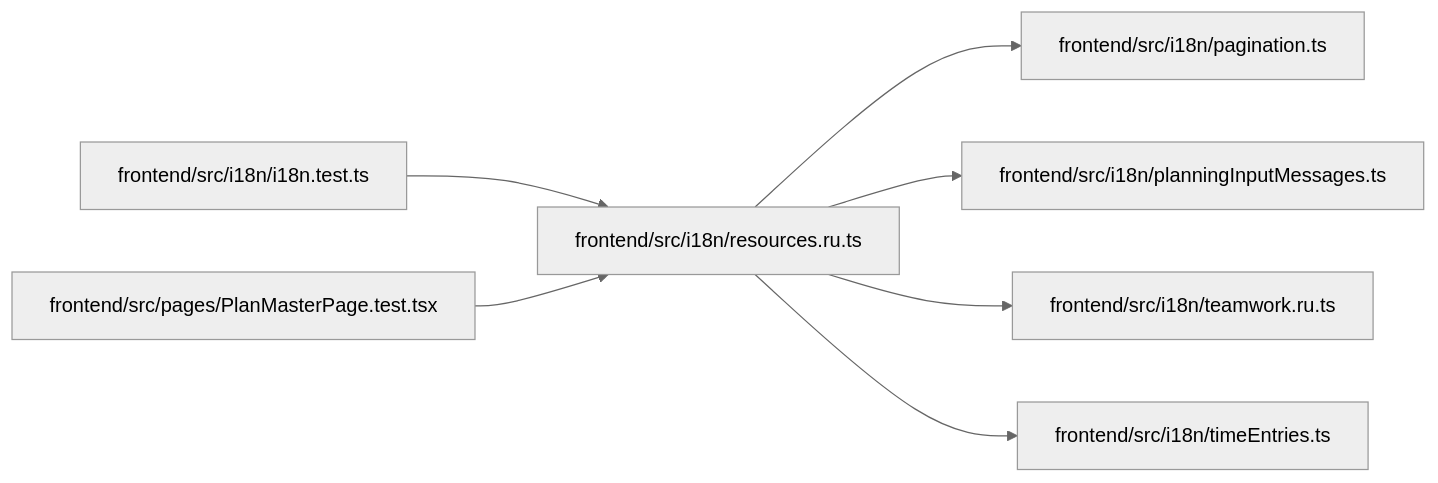
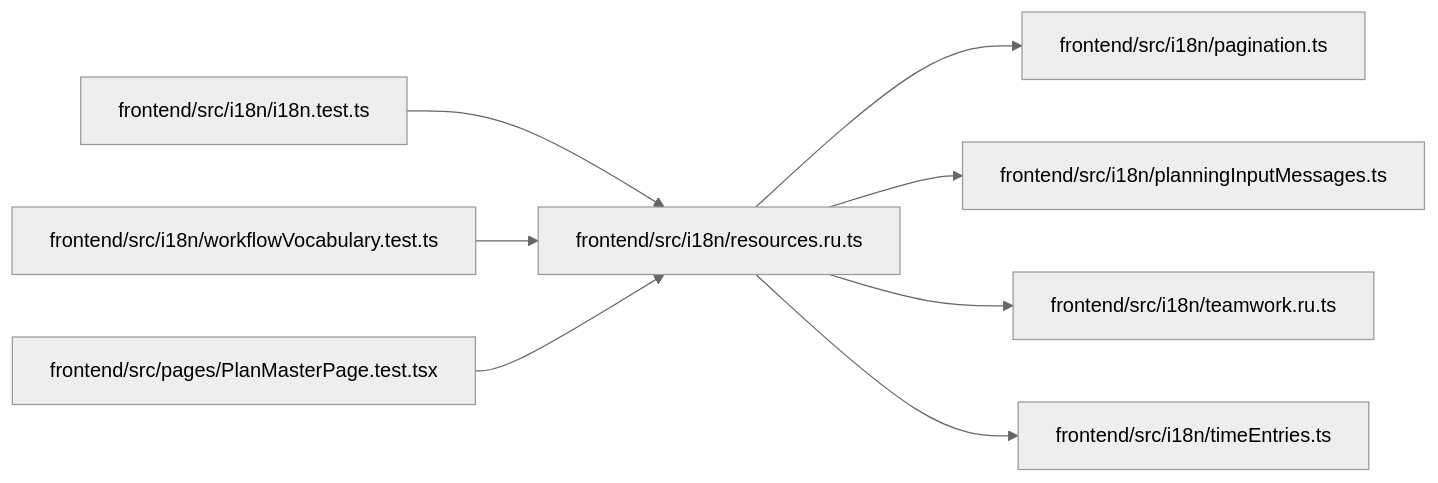
Before and after one commit to Denissvgn/WorkChord: the diagram in docs/llm_wiki/modules/resources.ru.md, drawn with Mermaid (neutral theme). The commit also changed other lines of this file and 469 other files, not shown here.

````diff
--- a/docs/llm_wiki/modules/resources.ru.md
+++ b/docs/llm_wiki/modules/resources.ru.md
@@ -28,23 +28,26 @@
 ```mermaid
 flowchart LR
     n0["frontend/src/i18n/i18n.test.ts"]
     n1["frontend/src/i18n/pagination.ts"]
     n2["frontend/src/i18n/planningInputMessages.ts"]
     n3["frontend/src/i18n/resources.ru.ts"]
     n4["frontend/src/i18n/teamwork.ru.ts"]
     n5["frontend/src/i18n/timeEntries.ts"]
-    n6["frontend/src/pages/PlanMasterPage.test.tsx"]
+    n6["frontend/src/i18n/workflowVocabulary.test.ts"]
+    n7["frontend/src/pages/PlanMasterPage.test.tsx"]
     n0 --> n3
     n3 --> n1
     n3 --> n2
     n3 --> n4
     n3 --> n5
     n6 --> n3
+    n7 --> n3
     click n0 "../modules/i18n.test.md"
     click n1 "../modules/pagination.md"
     click n2 "../modules/planningInputMessages.md"
     click n3 "../modules/resources.ru.md"
     click n4 "../modules/teamwork.ru.md"
     click n5 "../modules/timeEntries.md"
-    click n6 "../modules/PlanMasterPage.test.md"
+    click n6 "../modules/workflowVocabulary.test.md"
+    click n7 "../modules/PlanMasterPage.test.md"
 ```
````
